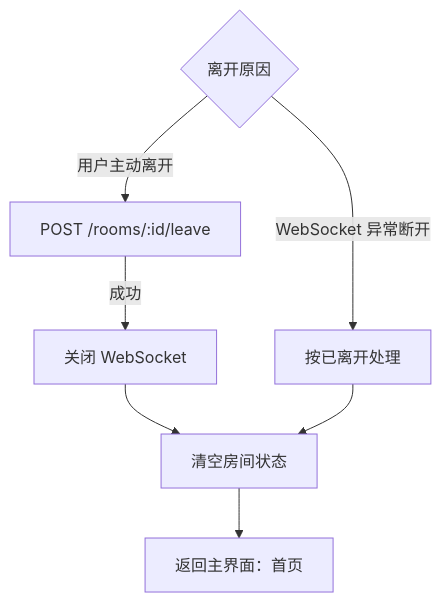
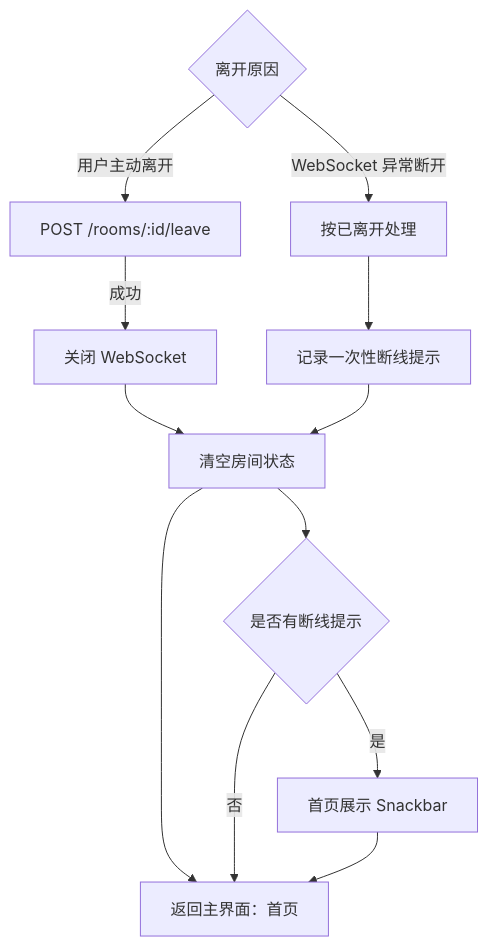
Before and after one commit to DancingCodes/room-app: the eighth of 10 diagrams in docs/客户端逻辑设计.md, drawn with Mermaid. The commit also changed other lines of this file and 2 other files, not shown here.

````diff
--- a/docs/客户端逻辑设计.md
+++ b/docs/客户端逻辑设计.md
@@ -132,10 +134,15 @@
 ```mermaid
 flowchart TD
     A{离开原因} -- 用户主动离开 --> B[POST /rooms/:id/leave]
     B -- 成功 --> C[关闭 WebSocket]
     C --> D[清空房间状态]
     D --> E[返回主界面：首页]
 
     A -- WebSocket 异常断开 --> F[按已离开处理]
-    F --> D
+    F --> G[记录一次性断线提示]
+    G --> D
+    D --> H{是否有断线提示}
+    H -- 是 --> I[首页展示 Snackbar]
+    H -- 否 --> E
+    I --> E
 ```
````
